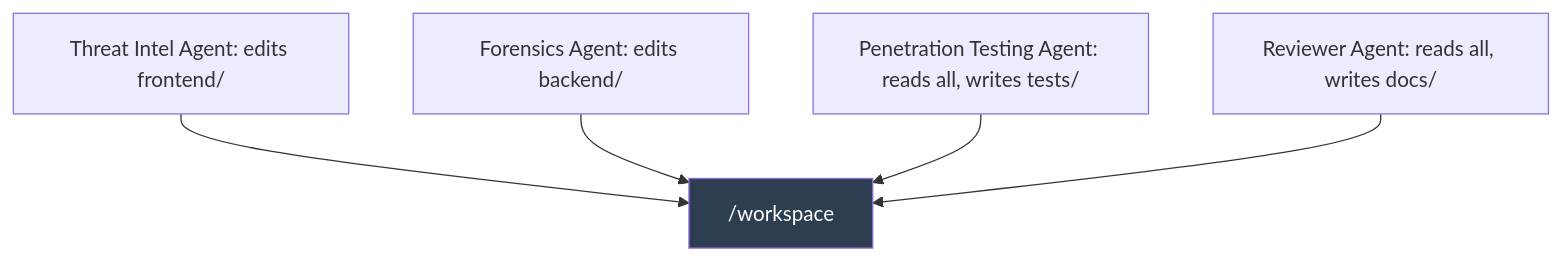
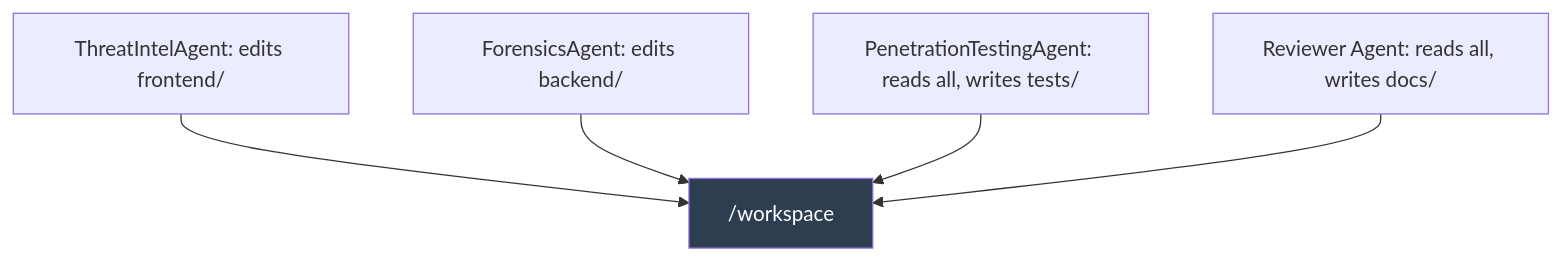
One commit to Sujalkathait/-AI-Agent-Security-Playbook. changed diagram 23 of 53 in AI Agent Communication.md. Above: the diagram before and after it, drawn with Mermaid. The commit also changed other lines of this file, not shown here.

Commit message:
fix: resolve mermaid syntax errors by removing spaces from node IDs

````diff
--- a/AI Agent Communication.md
+++ b/AI Agent Communication.md
@@ -677,15 +677,15 @@
 ```mermaid
 graph TD
   Workspace[" /workspace"]
-  Frontend[" Threat Intel Agent: edits frontend/"]
-  Backend[" Forensics Agent: edits backend/"]
-  Tester[" Penetration Testing Agent: reads all, writes tests/"]
+  Frontend[" ThreatIntelAgent: edits frontend/"]
+  Backend[" ForensicsAgent: edits backend/"]
+  Tester[" PenetrationTestingAgent: reads all, writes tests/"]
   Docs[" Reviewer Agent: reads all, writes docs/"]
 
   Frontend --> Workspace
   Backend --> Workspace
   Tester --> Workspace
   Docs --> Workspace
 
   style Workspace fill:#2c3e50,color:white
 ```
````
